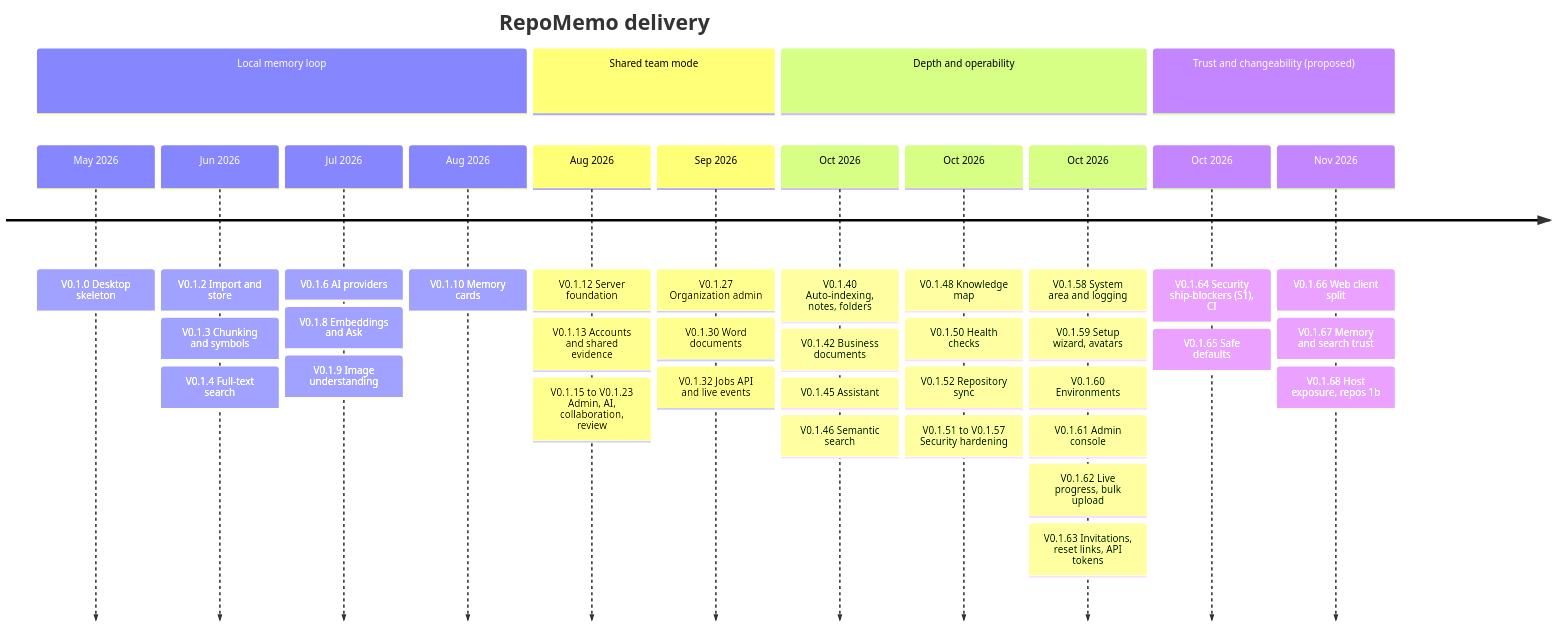
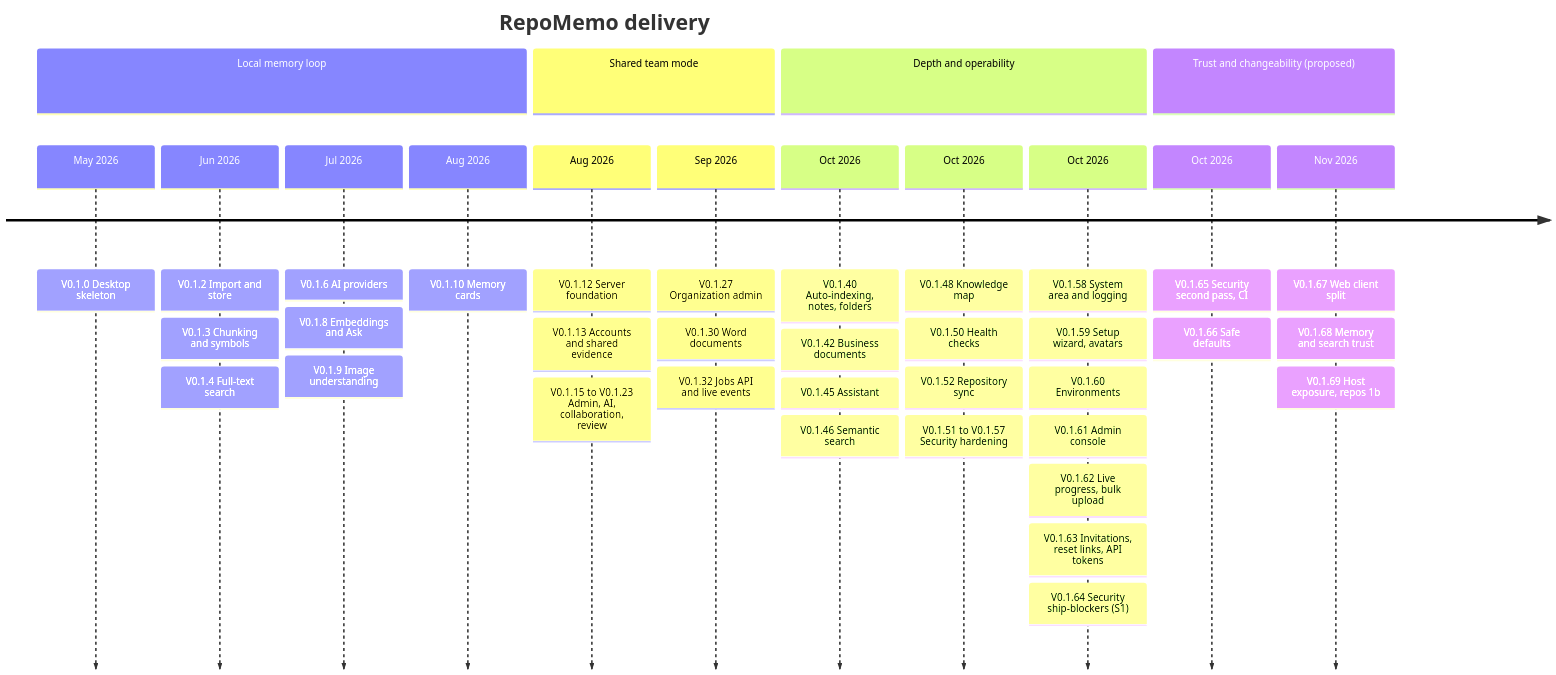
Before and after one commit to winksen/RepoMemo: the diagram in mindmap/ROADMAP.md, drawn with Mermaid. The commit also changed other lines of this file and 12 other files, not shown here.

````diff
--- a/mindmap/ROADMAP.md
+++ b/mindmap/ROADMAP.md
@@ -18,19 +18,19 @@
 ```mermaid
 timeline
   title RepoMemo delivery
   section Local memory loop
     May 2026 : V0.1.0 Desktop skeleton
     Jun 2026 : V0.1.2 Import and store : V0.1.3 Chunking and symbols : V0.1.4 Full-text search
     Jul 2026 : V0.1.6 AI providers : V0.1.8 Embeddings and Ask : V0.1.9 Image understanding
     Aug 2026 : V0.1.10 Memory cards
   section Shared team mode
     Aug 2026 : V0.1.12 Server foundation : V0.1.13 Accounts and shared evidence : V0.1.15 to V0.1.23 Admin, AI, collaboration, review
     Sep 2026 : V0.1.27 Organization admin : V0.1.30 Word documents : V0.1.32 Jobs API and live events
   section Depth and operability
     Oct 2026 : V0.1.40 Auto-indexing, notes, folders : V0.1.42 Business documents : V0.1.45 Assistant : V0.1.46 Semantic search
     Oct 2026 : V0.1.48 Knowledge map : V0.1.50 Health checks : V0.1.52 Repository sync : V0.1.51 to V0.1.57 Security hardening
-    Oct 2026 : V0.1.58 System area and logging : V0.1.59 Setup wizard, avatars : V0.1.60 Environments : V0.1.61 Admin console : V0.1.62 Live progress, bulk upload : V0.1.63 Invitations, reset links, API tokens
+    Oct 2026 : V0.1.58 System area and logging : V0.1.59 Setup wizard, avatars : V0.1.60 Environments : V0.1.61 Admin console : V0.1.62 Live progress, bulk upload : V0.1.63 Invitations, reset links, API tokens : V0.1.64 Security ship-blockers (S1)
   section Trust and changeability (proposed)
-    Oct 2026 : V0.1.64 Security ship-blockers (S1), CI : V0.1.65 Safe defaults
-    Nov 2026 : V0.1.66 Web client split : V0.1.67 Memory and search trust : V0.1.68 Host exposure, repos 1b
+    Oct 2026 : V0.1.65 Security second pass, CI : V0.1.66 Safe defaults
+    Nov 2026 : V0.1.67 Web client split : V0.1.68 Memory and search trust : V0.1.69 Host exposure, repos 1b
 ```
````
